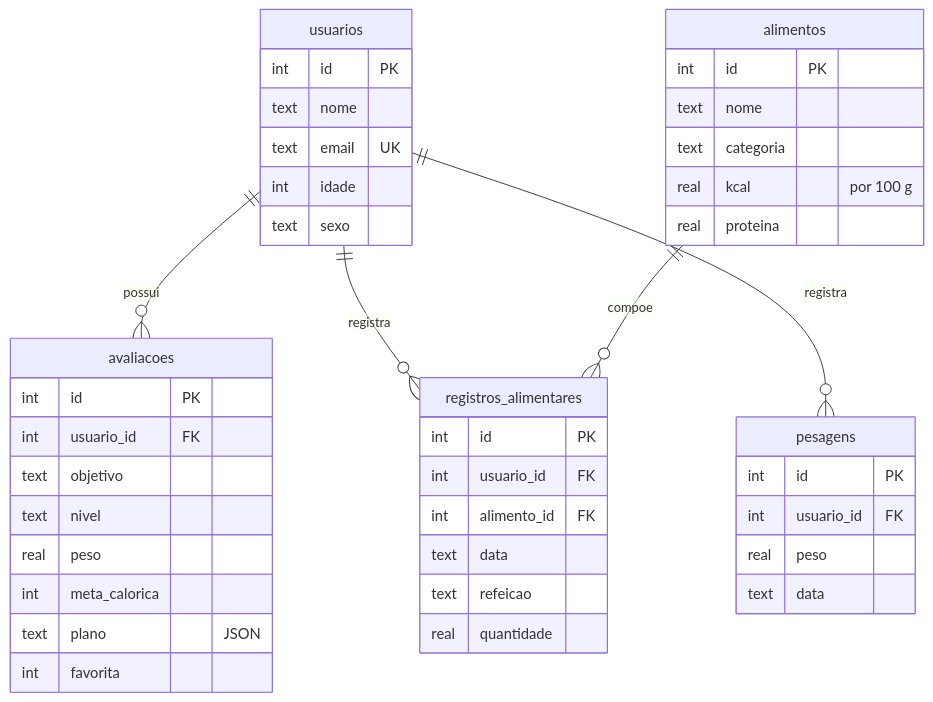
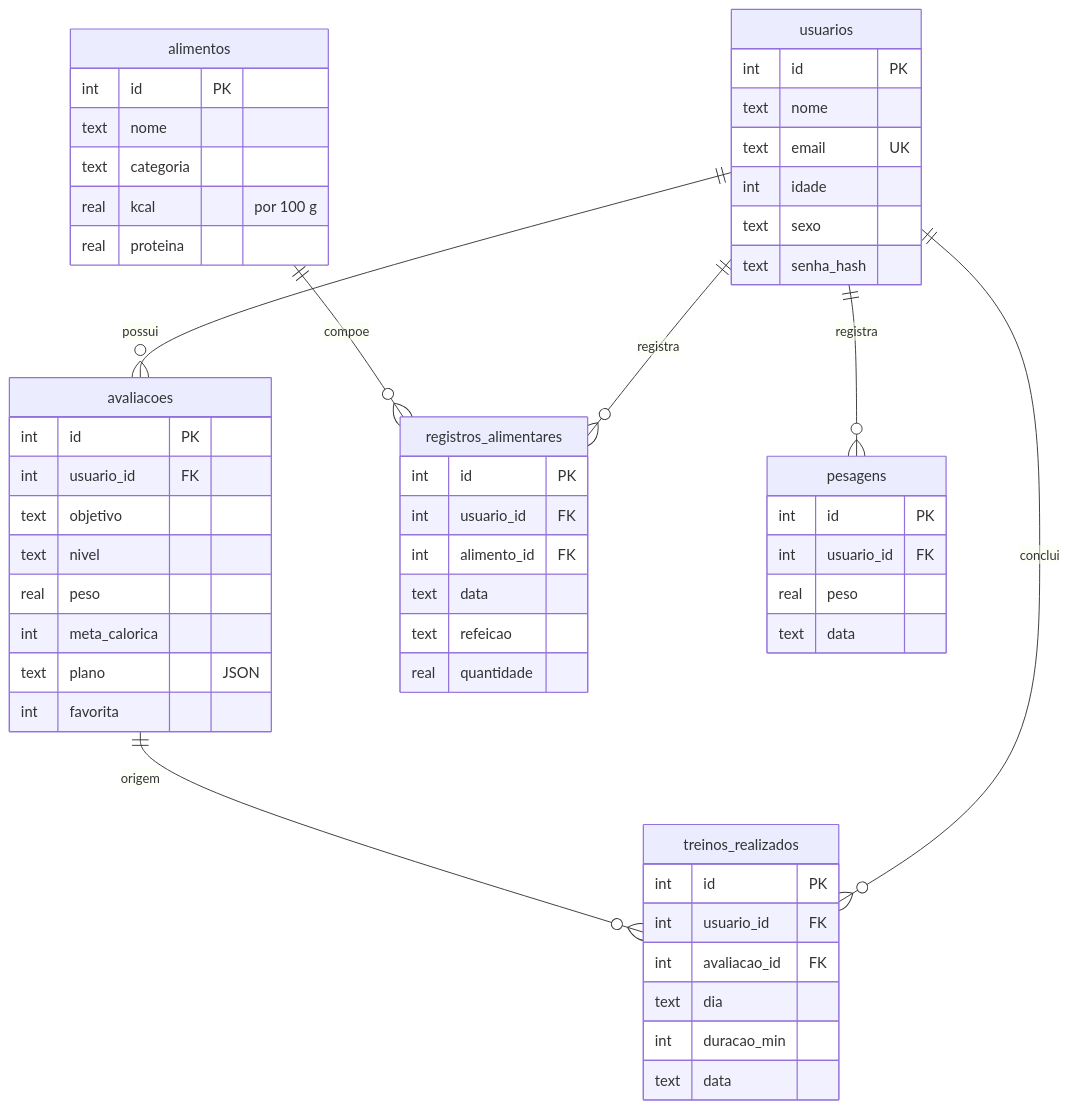
The diagram in README.md (pbritodev/treino-certo), drawn with Mermaid before and after one commit. The commit also changed other lines of this file and 62 other files, not shown here.

````diff
--- a/README.md
+++ b/README.md
@@ -219,36 +233,45 @@
 ```mermaid
 erDiagram
     usuarios ||--o{ avaliacoes : possui
     usuarios ||--o{ registros_alimentares : registra
     usuarios ||--o{ pesagens : registra
+    usuarios ||--o{ treinos_realizados : conclui
+    avaliacoes ||--o{ treinos_realizados : origem
     alimentos ||--o{ registros_alimentares : compoe
 
     usuarios { int id PK
                text nome
                text email UK
                int idade
-               text sexo }
+               text sexo
+               text senha_hash }
     avaliacoes { int id PK
                  int usuario_id FK
                  text objetivo
                  text nivel
                  real peso
                  int meta_calorica
                  text plano "JSON"
                  int favorita }
     alimentos { int id PK
                 text nome
                 text categoria
                 real kcal "por 100 g"
                 real proteina }
     registros_alimentares { int id PK
                             int usuario_id FK
                             int alimento_id FK
                             text data
                             text refeicao
                             real quantidade }
     pesagens { int id PK
                int usuario_id FK
                real peso
                text data }
+    treinos_realizados { int id PK
+                         int usuario_id FK
+                         int avaliacao_id FK
+                         text dia
+                         int duracao_min
+                         text data }
 ```
````
